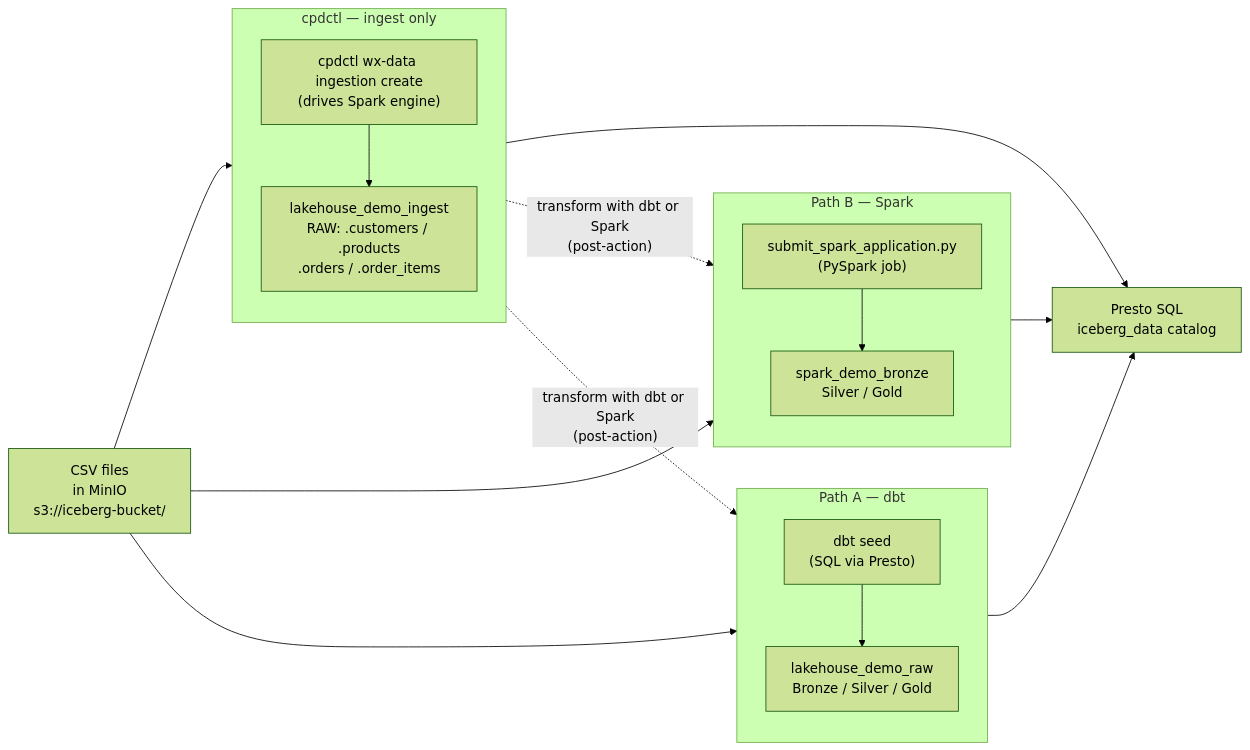
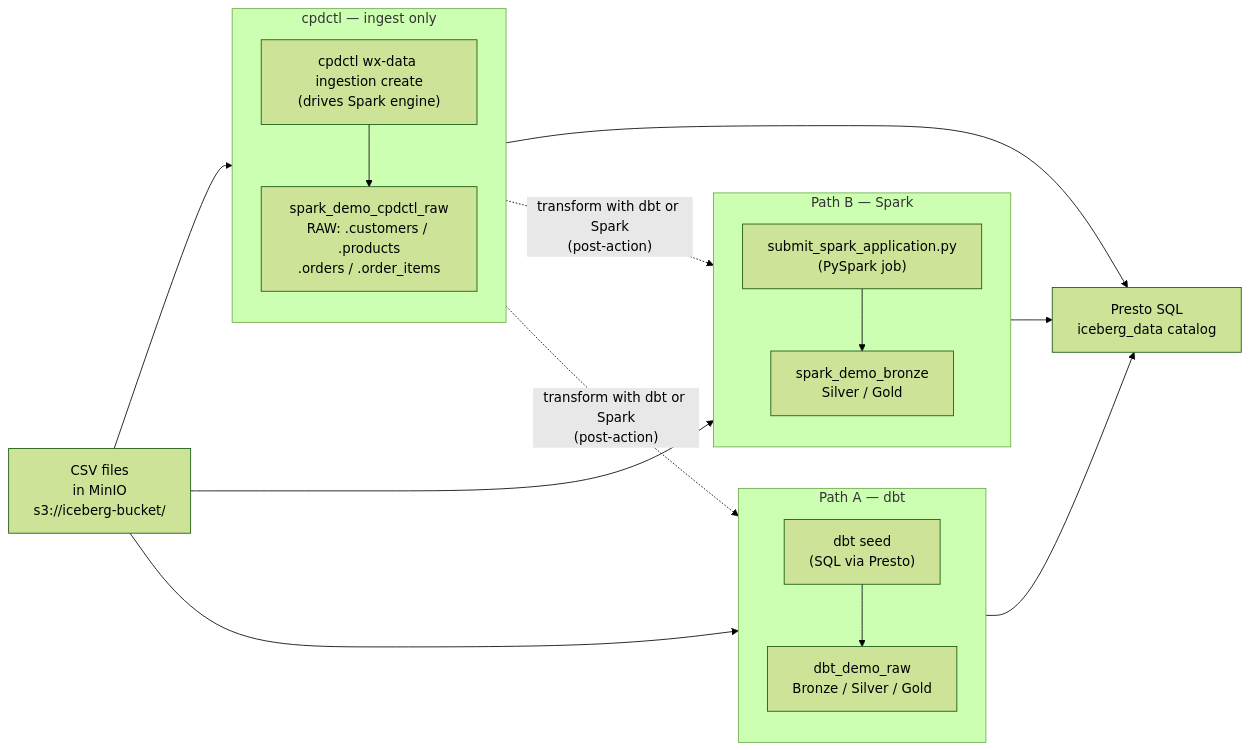
Before and after one commit to aseelert/ibmas-watsonxdata-dbt: the diagram in docs/ingestion.md, drawn with Mermaid (forest theme). The commit also changed other lines of this file and 32 other files, not shown here.

First line of the commit message:
refactor(storage): self-documenting schema names, uniform bucket-root layout

````diff
--- a/docs/ingestion.md
+++ b/docs/ingestion.md
@@ -31,35 +31,35 @@
 ```mermaid
 flowchart LR
     CSV["CSV files\nin MinIO\ns3://iceberg-bucket/"]
 
     subgraph A["Path A — dbt"]
         direction TB
         A1["dbt seed\n(SQL via Presto)"]
-        A2["lakehouse_demo_raw\nBronze / Silver / Gold"]
+        A2["dbt_demo_raw\nBronze / Silver / Gold"]
         A1 --> A2
     end
 
     subgraph B["Path B — Spark"]
         direction TB
         B1["submit_spark_application.py\n(PySpark job)"]
         B2["spark_demo_bronze\nSilver / Gold"]
         B1 --> B2
     end
 
     subgraph C["cpdctl — ingest only"]
         direction TB
         C1["cpdctl wx-data ingestion create\n(drives Spark engine)"]
-        C2["lakehouse_demo_ingest\nRAW: .customers / .products\n.orders / .order_items"]
+        C2["spark_demo_cpdctl_raw\nRAW: .customers / .products\n.orders / .order_items"]
         C1 --> C2
     end
 
     CSV --> A1
     CSV --> B1
     CSV --> C1
 
     A2 --> Presto["Presto SQL\niceberg_data catalog"]
     B2 --> Presto
     C2 --> Presto
     C2 -. "transform with dbt or Spark\n(post-action)" .-> A1
     C2 -. "transform with dbt or Spark\n(post-action)" .-> B1
 ```
````
